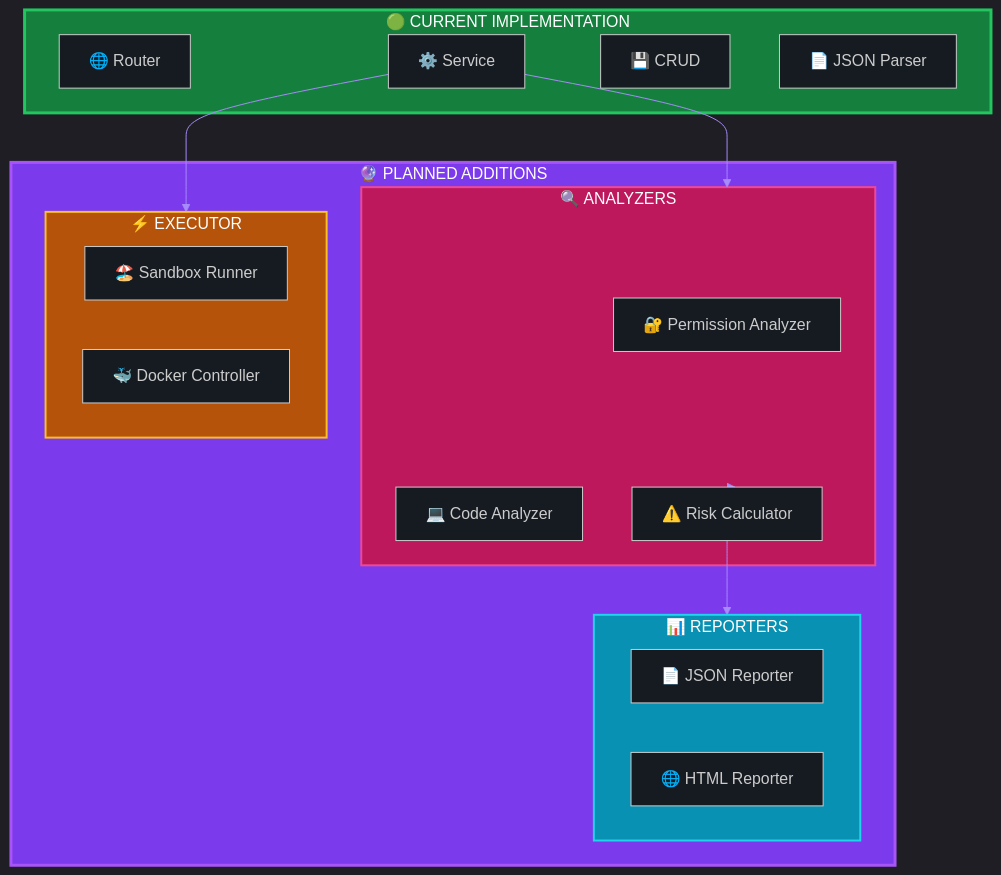
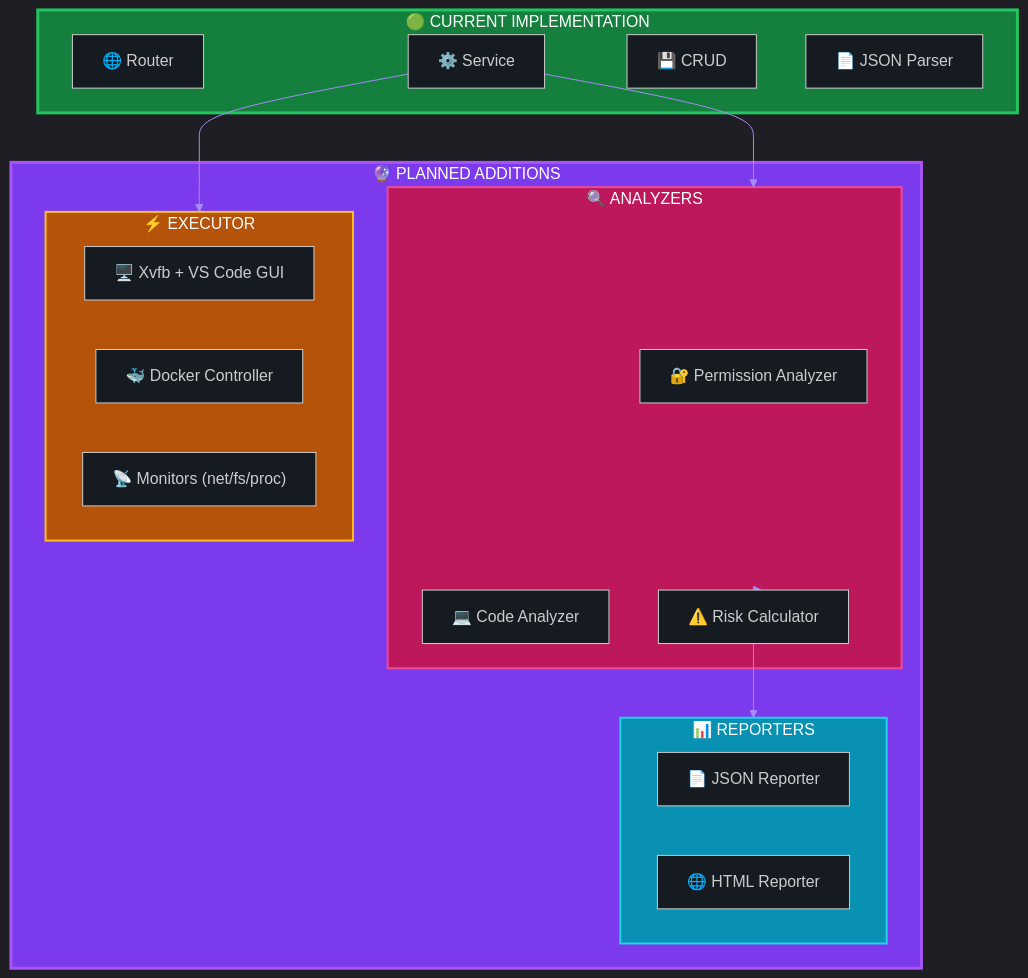
Diagram 14 of 14 in documents/ARCHITECTURE.md (Ekremunalytu/automation_enviroment), drawn with Mermaid before and after one commit. The commit also changed other lines of this file and 9 other files, not shown here.

Commit message:
project architecture changed. xvfb used

````diff
--- a/documents/ARCHITECTURE.md
+++ b/documents/ARCHITECTURE.md
@@ -892,39 +947,40 @@
 ```mermaid
 %%{init: {'theme': 'dark', 'themeVariables': { 'background': '#0d1117', 'primaryColor': '#8b5cf6', 'primaryTextColor': '#e6edf3', 'lineColor': '#a78bfa', 'mainBkg': '#161b22', 'nodeBkg': '#21262d', 'clusterBkg': '#161b22'}}}%%
 flowchart TB
     subgraph Current["🟢 CURRENT IMPLEMENTATION"]
         R1["🌐 Router"]
         S1["⚙️ Service"]
         C1["💾 CRUD"]
         P1["📄 JSON Parser"]
     end
 
     subgraph Future["🔮 PLANNED ADDITIONS"]
         subgraph Analyzers["🔍 ANALYZERS"]
             PA["🔐 Permission Analyzer"]
             CA["💻 Code Analyzer"]
             RC["⚠️ Risk Calculator"]
         end
 
         subgraph Reporters["📊 REPORTERS"]
             JR["📄 JSON Reporter"]
             HR["🌐 HTML Reporter"]
         end
 
         subgraph Executor["⚡ EXECUTOR"]
-            SB["🏖️ Sandbox Runner"]
+            SB["🖥️ Xvfb + VS Code GUI"]
             DC["🐳 Docker Controller"]
+            MN["📡 Monitors (net/fs/proc)"]
         end
     end
 
     S1 --> Analyzers
     Analyzers --> RC
     RC --> Reporters
     S1 --> Executor
 
     style Current fill:#15803d,stroke:#22c55e,stroke-width:3px,color:#fff
     style Future fill:#7c3aed,stroke:#a855f7,stroke-width:3px,color:#fff
     style Analyzers fill:#be185d,stroke:#ec4899,stroke-width:2px,color:#fff
     style Reporters fill:#0891b2,stroke:#22d3ee,stroke-width:2px,color:#fff
     style Executor fill:#b45309,stroke:#fbbf24,stroke-width:2px,color:#fff
 ```
````
